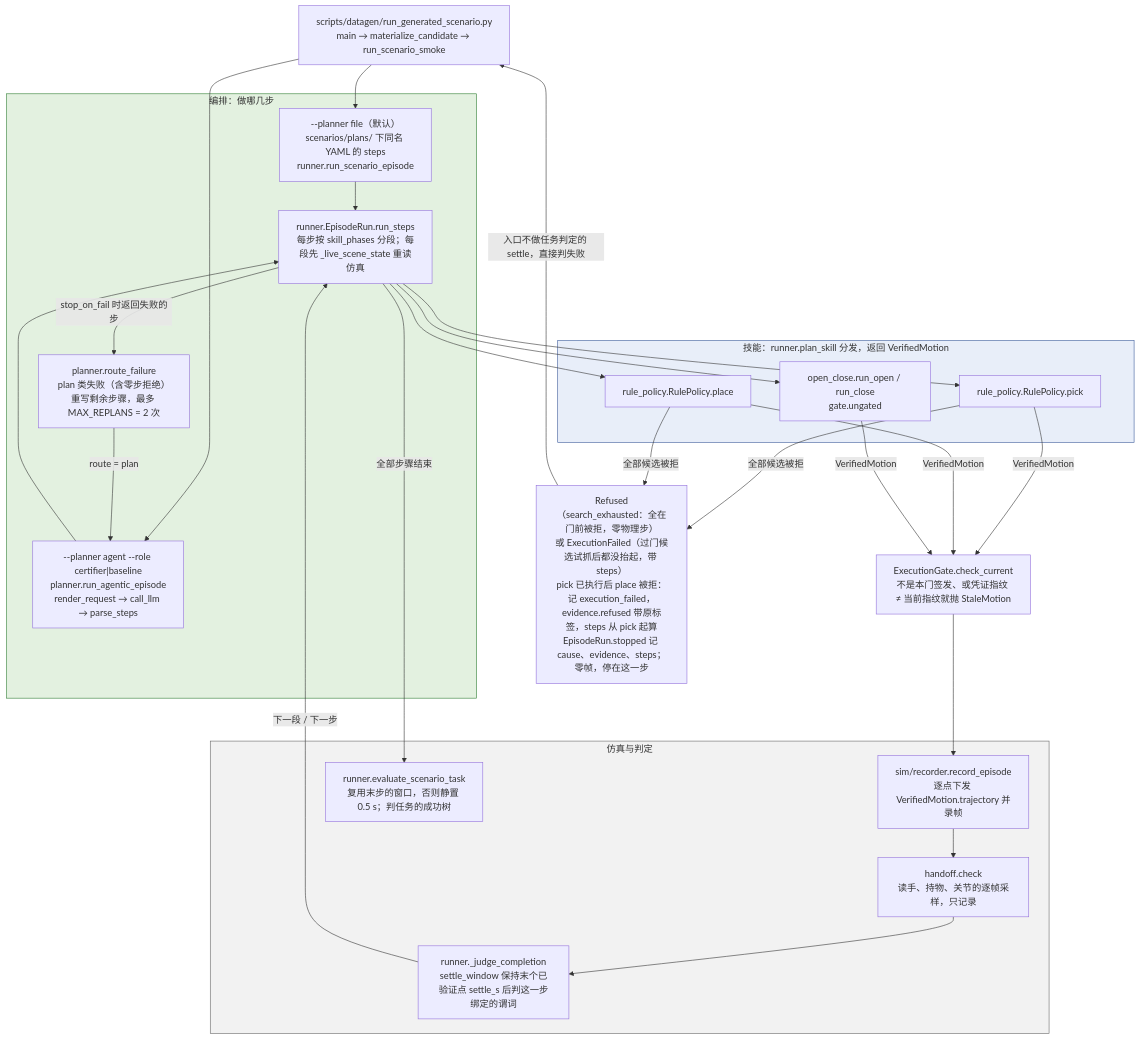
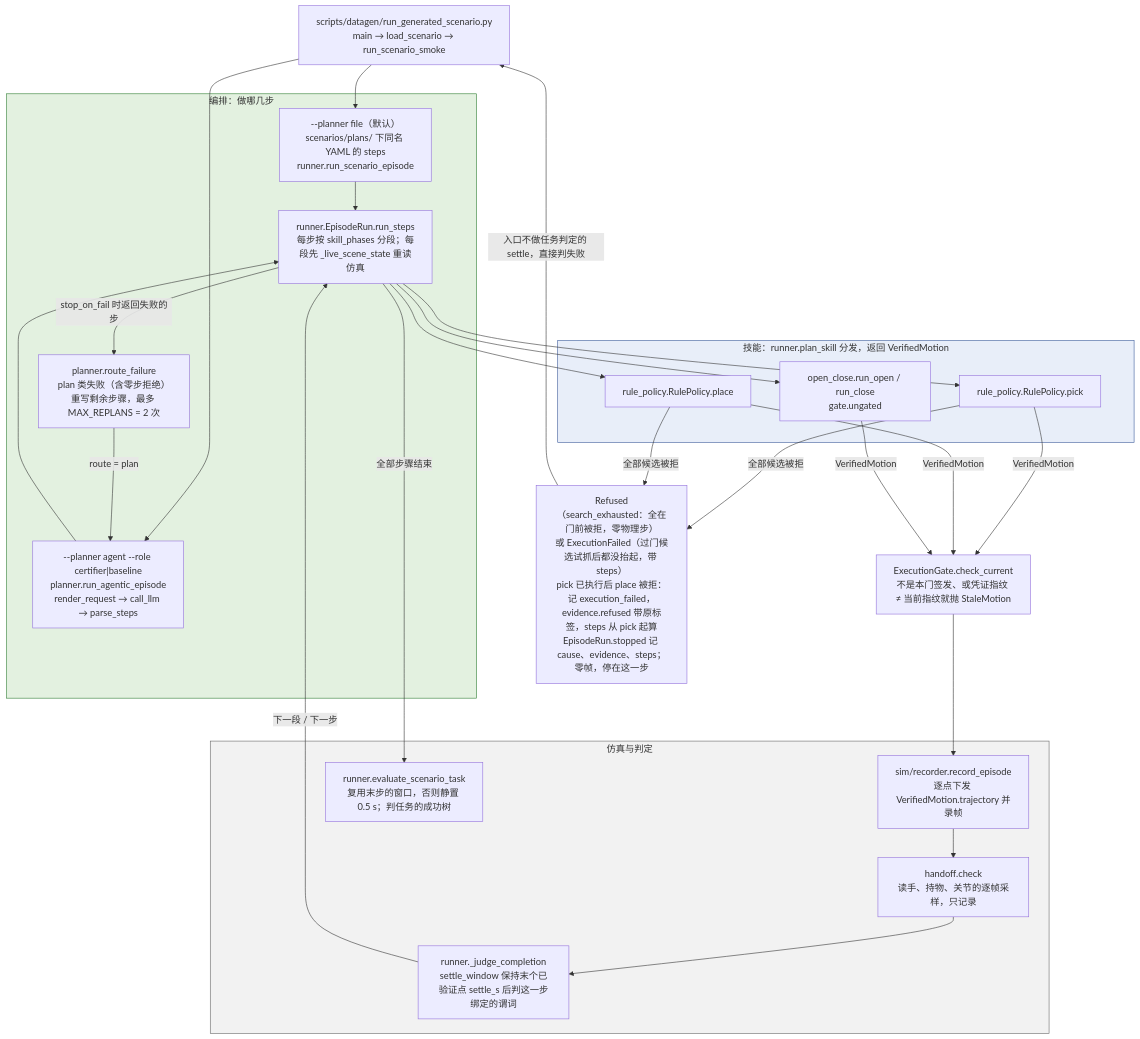
The second of 6 diagrams in docs/call-chain.md (ZJLi2013/RoboSmith), drawn with Mermaid before and after one commit. The commit also changed other lines of this file and 1 other file, not shown here.

Commit message:
docs: the call chain and changelog show one Scenario returned by load_scenario

````diff
--- a/docs/call-chain.md
+++ b/docs/call-chain.md
@@ -117,43 +117,43 @@
 ```mermaid
 flowchart TD
-    CLI["scripts/datagen/run_generated_scenario.py<br/>main → materialize_candidate → run_scenario_smoke"]
+    CLI["scripts/datagen/run_generated_scenario.py<br/>main → load_scenario → run_scenario_smoke"]
 
     subgraph ORCH["编排：做哪几步"]
         T["--planner file（默认）<br/>scenarios/plans/ 下同名 YAML 的 steps<br/>runner.run_scenario_episode"]
         A["--planner agent --role certifier|baseline<br/>planner.run_agentic_episode<br/>render_request → call_llm → parse_steps"]
         RF["planner.route_failure<br/>plan 类失败（含零步拒绝）重写剩余步骤，最多 MAX_REPLANS = 2 次"]
         RUN["runner.EpisodeRun.run_steps<br/>每步按 skill_phases 分段；每段先 _live_scene_state 重读仿真"]
     end
 
     subgraph SKILL["技能：runner.plan_skill 分发，返回 VerifiedMotion"]
         PICK["rule_policy.RulePolicy.pick"]
         PLACE["rule_policy.RulePolicy.place"]
         OC["open_close.run_open / run_close<br/>gate.ungated"]
     end
 
     INF["Refused（search_exhausted：全在门前被拒，零物理步）<br/>或 ExecutionFailed（过门候选试抓后都没抬起，带 steps）<br/>pick 已执行后 place 被拒：记 execution_failed，evidence.refused 带原标签，steps 从 pick 起算<br/>EpisodeRun.stopped 记 cause、evidence、steps；零帧，停在这一步"]
     CUR["ExecutionGate.check_current<br/>不是本门签发、或凭证指纹 ≠ 当前指纹就抛 StaleMotion"]
 
     subgraph SIM["仿真与判定"]
         REC["sim/recorder.record_episode<br/>逐点下发 VerifiedMotion.trajectory 并录帧"]
         HO["handoff.check<br/>读手、持物、关节的逐帧采样，只记录"]
         JC["runner._judge_completion<br/>settle_window 保持末个已验证点 settle_s 后判这一步绑定的谓词"]
         TASK["runner.evaluate_scenario_task<br/>复用末步的窗口，否则静置 0.5 s；判任务的成功树"]
     end
 
     CLI --> T & A
     T --> RUN
     A --> RUN
     RUN -->|stop_on_fail 时返回失败的步| RF
     RF -->|route = plan| A
     RUN --> PICK & PLACE & OC
     PICK & PLACE -->|全部候选被拒| INF
     PICK & PLACE & OC -->|VerifiedMotion| CUR --> REC
     REC --> HO --> JC -->|下一段 / 下一步| RUN
     RUN -->|全部步骤结束| TASK
     INF -->|入口不做任务判定的 settle，直接判失败| CLI
 
     style ORCH fill:#e3f1e0,stroke:#2e7d32
     style SKILL fill:#e8eef9,stroke:#3b5b9a
     style SIM fill:#f2f2f2,stroke:#666
 ```
````
